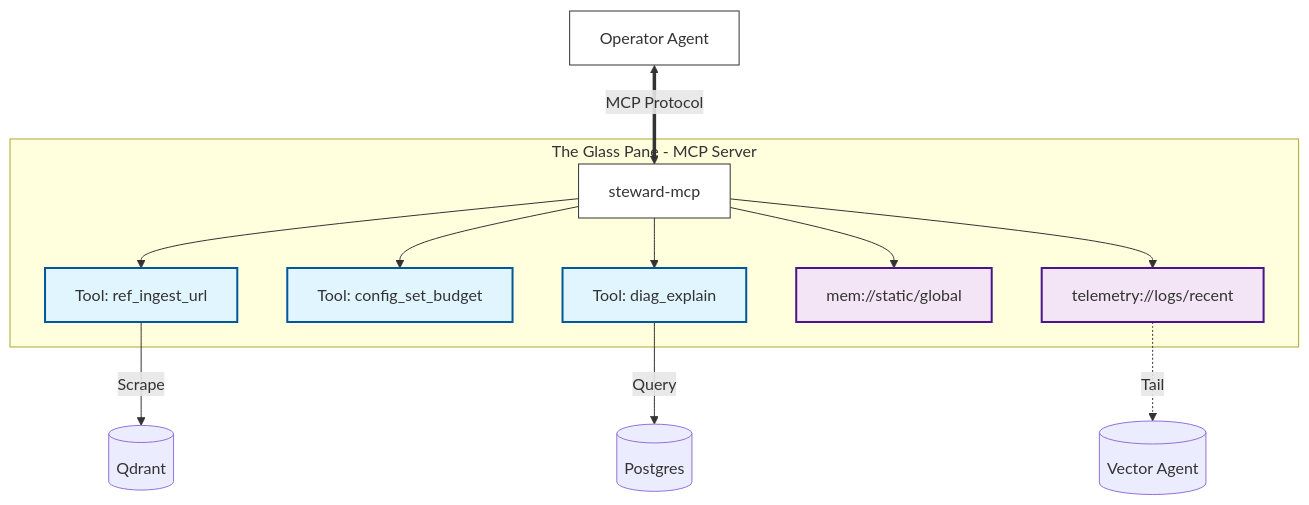
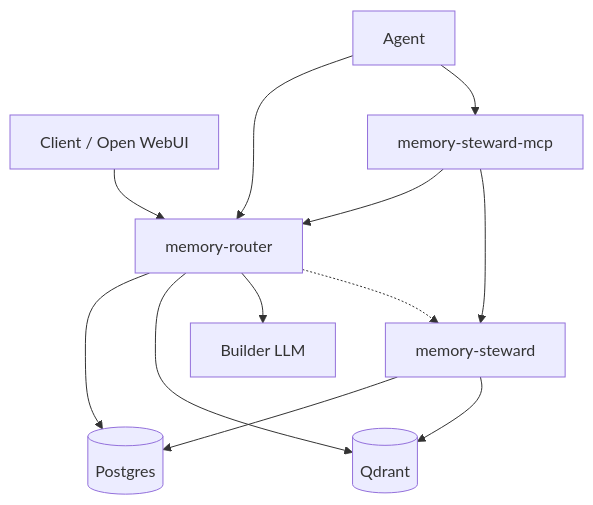
The diagram in docs/WHITEPAPER.md (homel-dev/memory-steward), drawn with Mermaid before and after one commit. The commit also changed other lines of this file and 46 other files, not shown here.

````diff
--- a/docs/WHITEPAPER.md
+++ b/docs/WHITEPAPER.md
@@ -157,32 +46,23 @@
-```mermaid
+~~~mermaid
 graph TD
-    Operator[Operator Agent]
+    Client[Client / Open WebUI]
+    Agent[Agent]
+    Router[memory-router]
+    Builder[Builder LLM]
+    Steward[memory-steward]
+    MCP[memory-steward-mcp]
+    PG[(Postgres)]
+    Q[(Qdrant)]
 
-    subgraph "The Glass Pane - MCP Server"
-        MCP[steward-mcp]
-        T1[Tool: ref_ingest_url]
-        T2[Tool: config_set_budget]
-        T3[Tool: diag_explain]
-        R1[mem://static/global]
-        R2[telemetry://logs/recent]
-    end
-
-    classDef plain fill:#ffffff,stroke:#333333,stroke-width:1px;
-    classDef tool fill:#e1f5fe,stroke:#01579b,stroke-width:2px;
-    classDef res fill:#f3e5f5,stroke:#4a148c,stroke-width:2px;
-
-    class Operator,MCP plain;
-    class T1,T2,T3 tool;
-    class R1,R2 res;
-
-    Operator <==>|MCP Protocol| MCP
-    MCP --> T1
-    MCP --> T2
-    MCP --> T3
-    MCP --> R1
-    MCP --> R2
-
-    T1 -->|Scrape| Qdrant[(Qdrant)]
-    T3 -->|Query| Postgres[(Postgres)]
-    R2 -.->|Tail| Logs[(Vector Agent)]
-```
+    Client --> Router
+    Router --> PG
+    Router --> Q
+    Router --> Builder
+    Router -.-> Steward
+    Agent --> Router
+    Agent --> MCP
+    MCP --> Router
+    MCP --> Steward
+    Steward --> PG
+    Steward --> Q
+~~~
````
